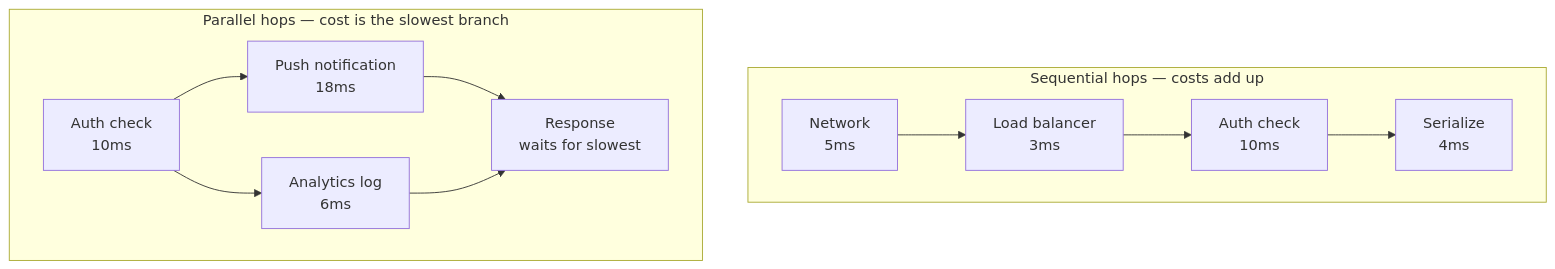
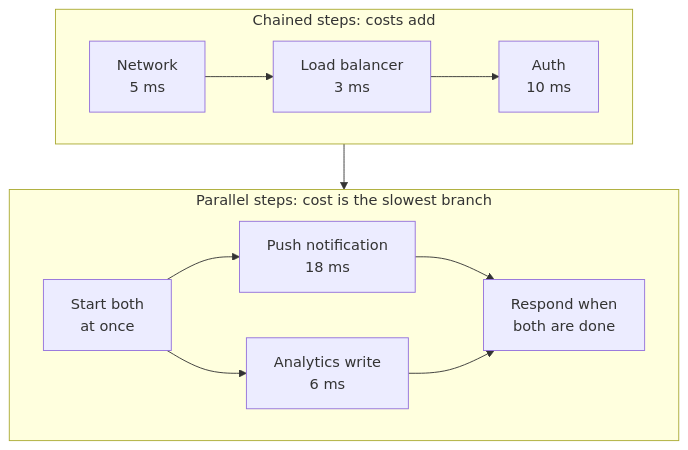
One commit to francoandreDev/knowledge changed the second of 2 diagrams in src/content/applied-math/capacity-planning-math/L2-concept.mdx. Above: the diagram before and after it, drawn with Mermaid. The commit also changed other lines of this file and 3 other files, not shown here.

````diff
--- a/src/content/applied-math/capacity-planning-math/L2-concept.mdx
+++ b/src/content/applied-math/capacity-planning-math/L2-concept.mdx
@@ -86,14 +152,15 @@
 ```mermaid
 flowchart TB
-    subgraph Sequential["Sequential hops — costs add up"]
+    subgraph Chain["Chained steps: costs add"]
         direction LR
-        A1["Network\n5ms"] --> A2["Load balancer\n3ms"] --> A3["Auth check\n10ms"] --> A4["Serialize\n4ms"]
+        A1["Network<br/>5 ms"] --> A2["Load balancer<br/>3 ms"] --> A3["Auth<br/>10 ms"]
     end
-    subgraph Parallel["Parallel hops — cost is the slowest branch"]
+    subgraph Fan["Parallel steps: cost is the slowest branch"]
         direction LR
-        B0["Auth check\n10ms"] --> B1["Push notification\n18ms"]
-        B0 --> B2["Analytics log\n6ms"]
-        B1 --> B3["Response\nwaits for slowest"]
+        B0["Start both<br/>at once"] --> B1["Push notification<br/>18 ms"]
+        B0 --> B2["Analytics write<br/>6 ms"]
+        B1 --> B3["Respond when<br/>both are done"]
         B2 --> B3
     end
+    Chain --> Fan
 ```
````
